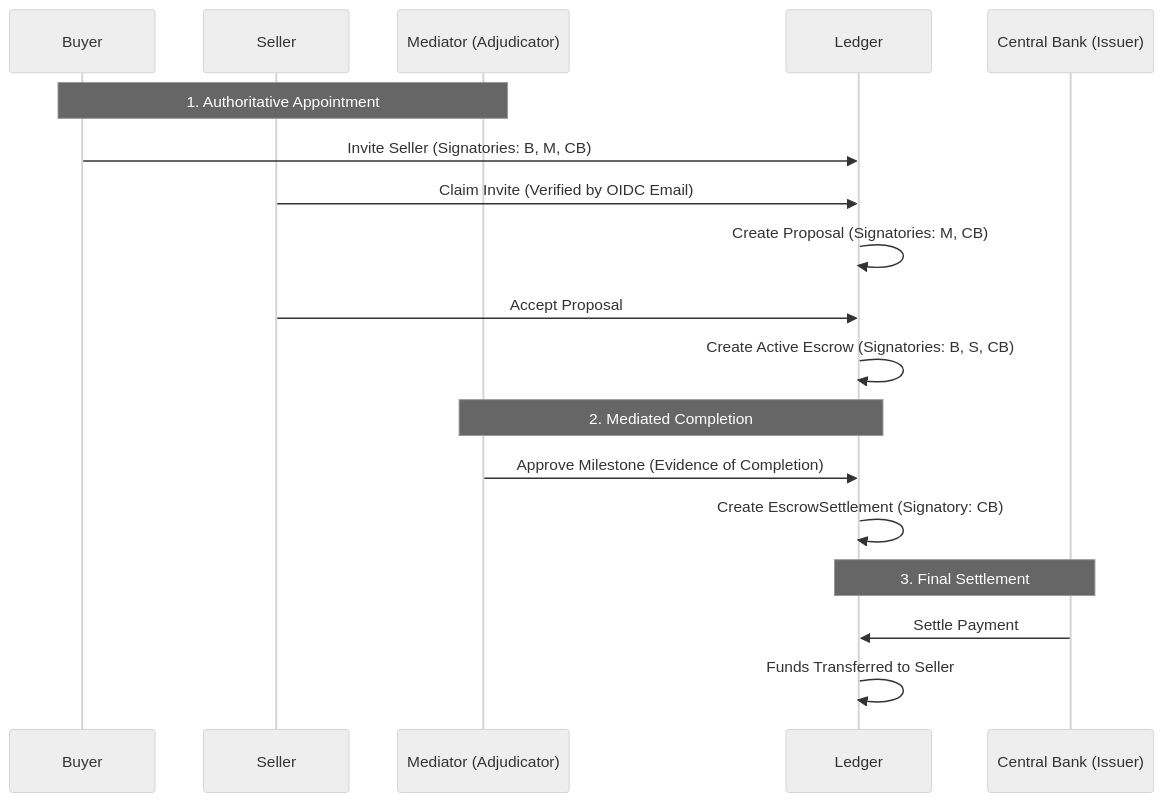
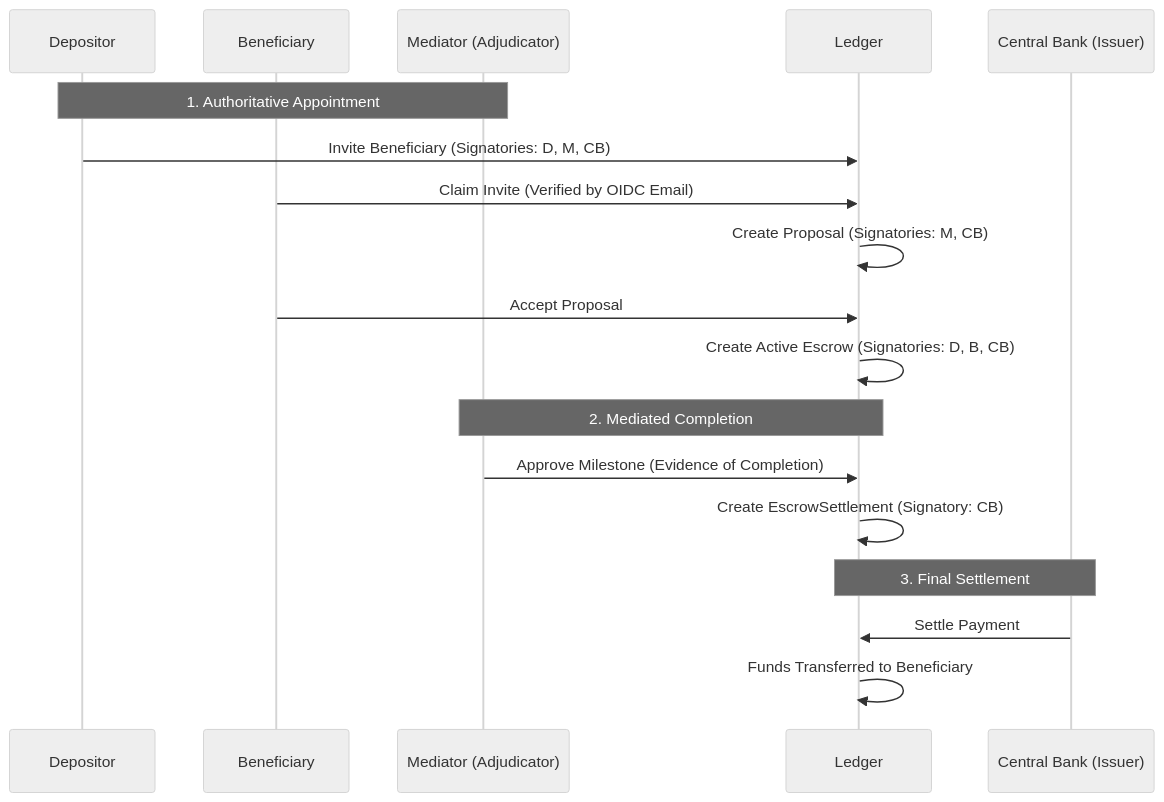
Before and after one commit to dhushon/daml-escrow: the third of 5 diagrams in ARCHITECTURE_EVOLUTION.md, drawn with Mermaid (neutral theme). The commit also changed other lines of this file and 7 other files, not shown here.

````diff
--- a/ARCHITECTURE_EVOLUTION.md
+++ b/ARCHITECTURE_EVOLUTION.md
@@ -111,23 +111,23 @@
 ```mermaid
 sequenceDiagram
-    participant B as Buyer
-    participant S as Seller
+    participant D as Depositor
+    participant B as Beneficiary
     participant M as Mediator (Adjudicator)
     participant L as Ledger
     participant CB as Central Bank (Issuer)
 
-    Note over B,M: 1. Authoritative Appointment
-    B->>L: Invite Seller (Signatories: B, M, CB)
-    S->>L: Claim Invite (Verified by OIDC Email)
+    Note over D,M: 1. Authoritative Appointment
+    D->>L: Invite Beneficiary (Signatories: D, M, CB)
+    B->>L: Claim Invite (Verified by OIDC Email)
     L->>L: Create Proposal (Signatories: M, CB)
-    S->>L: Accept Proposal
-    L->>L: Create Active Escrow (Signatories: B, S, CB)
+    B->>L: Accept Proposal
+    L->>L: Create Active Escrow (Signatories: D, B, CB)
 
     Note over M,L: 2. Mediated Completion
     M->>L: Approve Milestone (Evidence of Completion)
     L->>L: Create EscrowSettlement (Signatory: CB)
 
     Note over CB,L: 3. Final Settlement
     CB->>L: Settle Payment
-    L->>L: Funds Transferred to Seller
+    L->>L: Funds Transferred to Beneficiary
 ```
````
